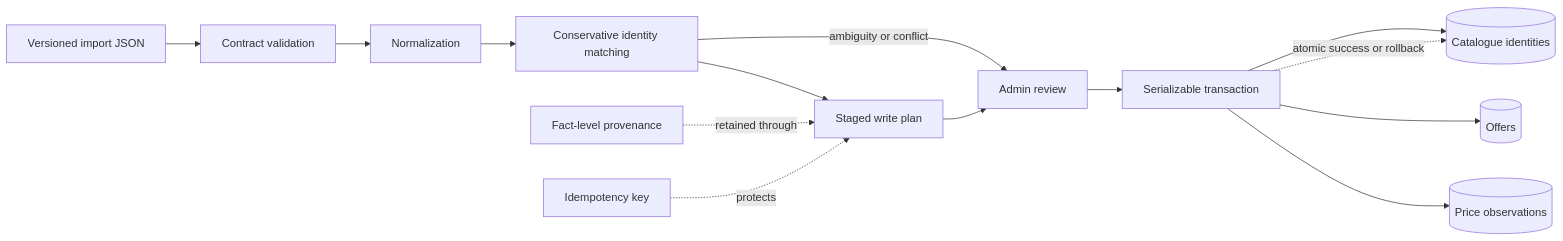
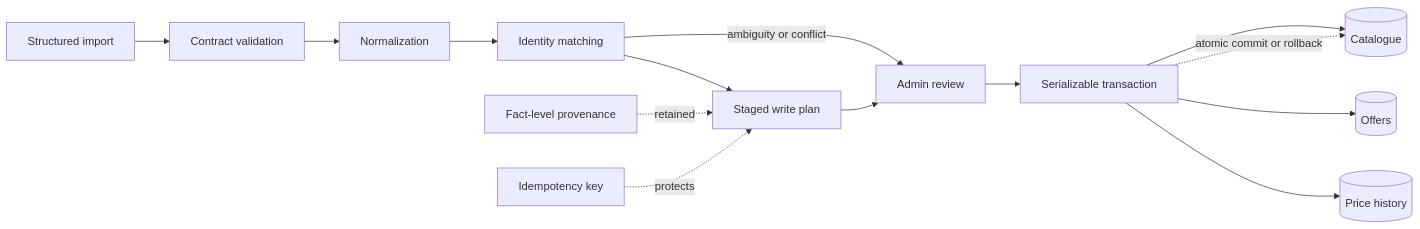
One commit to howardleung/purupuru changed the second of 2 diagrams in README.md. Above: the diagram before and after it, drawn with Mermaid. The commit also changed other lines of this file, not shown here.

````diff
--- a/README.md
+++ b/README.md
@@ -39,17 +62,17 @@
 ```mermaid
 flowchart LR
-    JSON[Versioned import JSON] --> Validate[Contract validation]
+    Import[Structured import] --> Validate[Contract validation]
     Validate --> Normalize[Normalization]
-    Normalize --> Match[Conservative identity matching]
+    Normalize --> Match[Identity matching]
     Match -->|ambiguity or conflict| Review[Admin review]
     Match --> Plan[Staged write plan]
     Plan --> Review
     Review --> Commit[Serializable transaction]
-    Commit --> Catalogue[(Catalogue identities)]
+    Commit --> Catalogue[(Catalogue)]
     Commit --> Offers[(Offers)]
-    Commit --> History[(Price observations)]
+    Commit --> History[(Price history)]
 
-    Provenance[Fact-level provenance] -. retained through .-> Plan
+    Provenance[Fact-level provenance] -. retained .-> Plan
     Idempotency[Idempotency key] -. protects .-> Plan
-    Commit -. atomic success or rollback .-> Catalogue
+    Commit -. atomic commit or rollback .-> Catalogue
 ```
````
